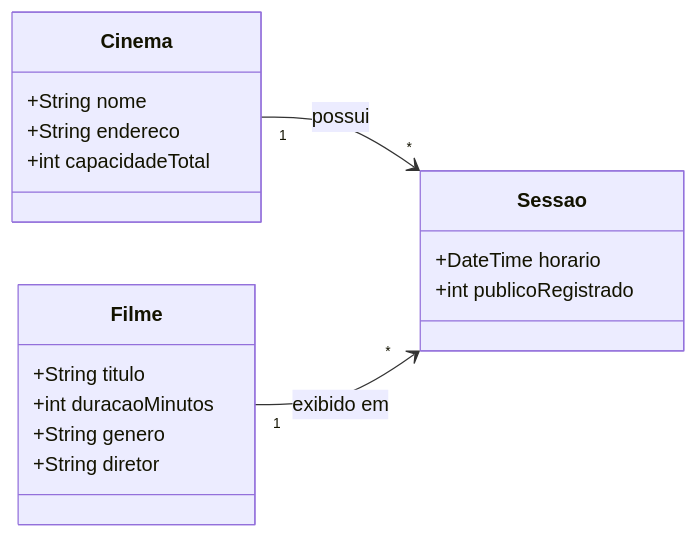
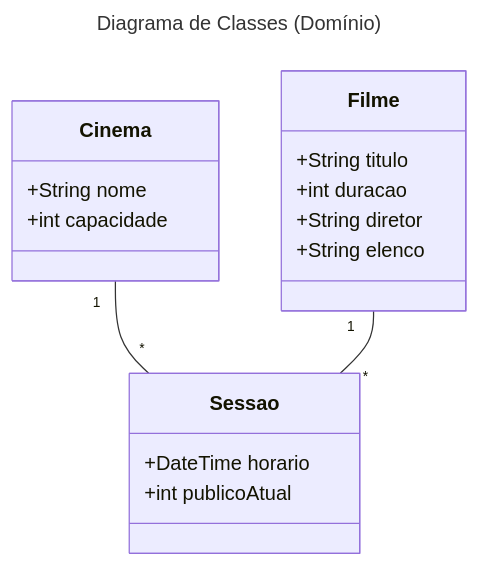
The first of 2 diagrams in README.md (miguelturatti03/sistema-gestao-cinema.), drawn with Mermaid before and after one commit. The commit also changed other lines of this file, not shown here.

````diff
--- a/README.md
+++ b/README.md
@@ -26,22 +7,22 @@
 ```mermaid 
+---
+title: Diagrama de Classes (Domínio)
+---
 classDiagram
-    direction LR
     class Cinema {
         +String nome
-        +String endereco
-        +int capacidadeTotal
+        +int capacidade
     }
     class Filme {
         +String titulo
-        +int duracaoMinutos
-        +String genero
+        +int duracao
         +String diretor
+        +String elenco
     }
     class Sessao {
         +DateTime horario
-        +int publicoRegistrado
+        +int publicoAtual
     }
-
-    Cinema "1" --> "*" Sessao : possui
-    Filme "1" --> "*" Sessao : exibido em
+    Cinema "1" -- "*" Sessao
+    Filme "1" -- "*" Sessao
 ```
````
